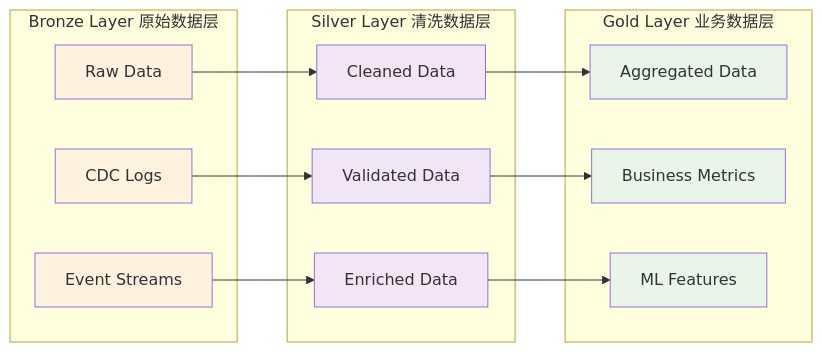
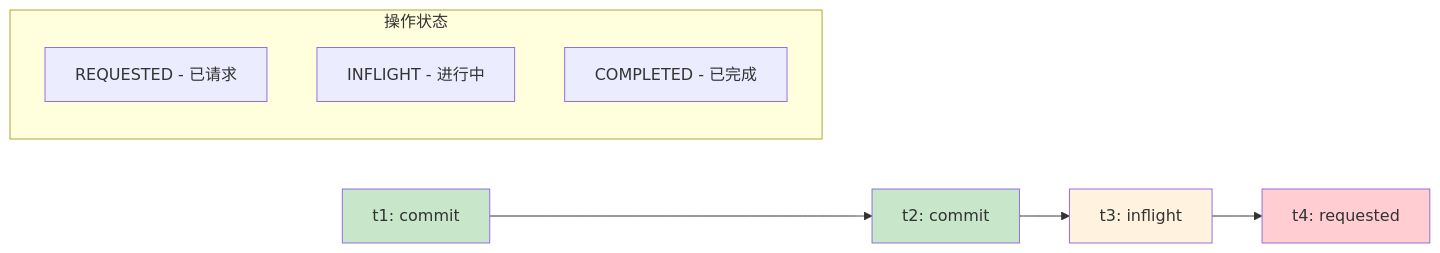
The fourth of 39 diagrams in 29.hudi.md (ralph-wren/TechStack-Handbook), drawn with Mermaid before and after one commit. The commit also changed other lines of this file and 2 other files, not shown here.

````diff
--- a/29.hudi.md
+++ b/29.hudi.md
@@ -217,38 +381,17 @@
 ```mermaid
 graph LR
-    subgraph "Bronze Layer 原始数据层"
-        B1["Raw Data"]
-        B2["CDC Logs"]
-        B3["Event Streams"]
+    A["t1: commit"] --> B["t2: commit"]
+    B --> C["t3: inflight"]
+    C --> D["t4: requested"]
+    
+    subgraph "操作状态"
+        E["REQUESTED - 已请求"]
+        F["INFLIGHT - 进行中"]
+        G["COMPLETED - 已完成"]
     end
     
-    subgraph "Silver Layer 清洗数据层"
-        S1["Cleaned Data"]
-        S2["Validated Data"]
-        S3["Enriched Data"]
-    end
-    
-    subgraph "Gold Layer 业务数据层"
-        G1["Aggregated Data"]
-        G2["Business Metrics"]
-        G3["ML Features"]
-    end
-    
-    B1 --> S1
-    B2 --> S2
-    B3 --> S3
-    
-    S1 --> G1
-    S2 --> G2
-    S3 --> G3
-    
-    style B1 fill:#fff3e0
-    style B2 fill:#fff3e0
-    style B3 fill:#fff3e0
-    style S1 fill:#f3e5f5
-    style S2 fill:#f3e5f5
-    style S3 fill:#f3e5f5
-    style G1 fill:#e8f5e8
-    style G2 fill:#e8f5e8
-    style G3 fill:#e8f5e8
+    style A fill:#c8e6c9
+    style B fill:#c8e6c9
+    style C fill:#fff3e0
+    style D fill:#ffcdd2
 ```
````
